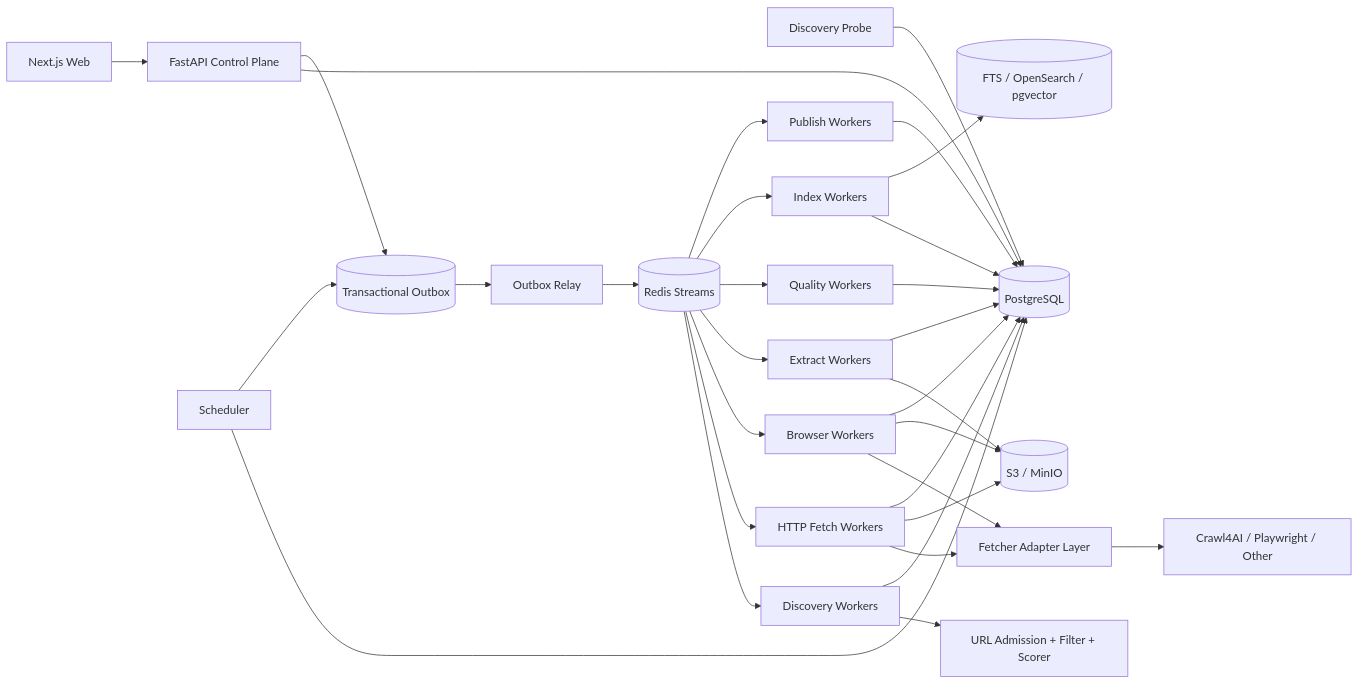
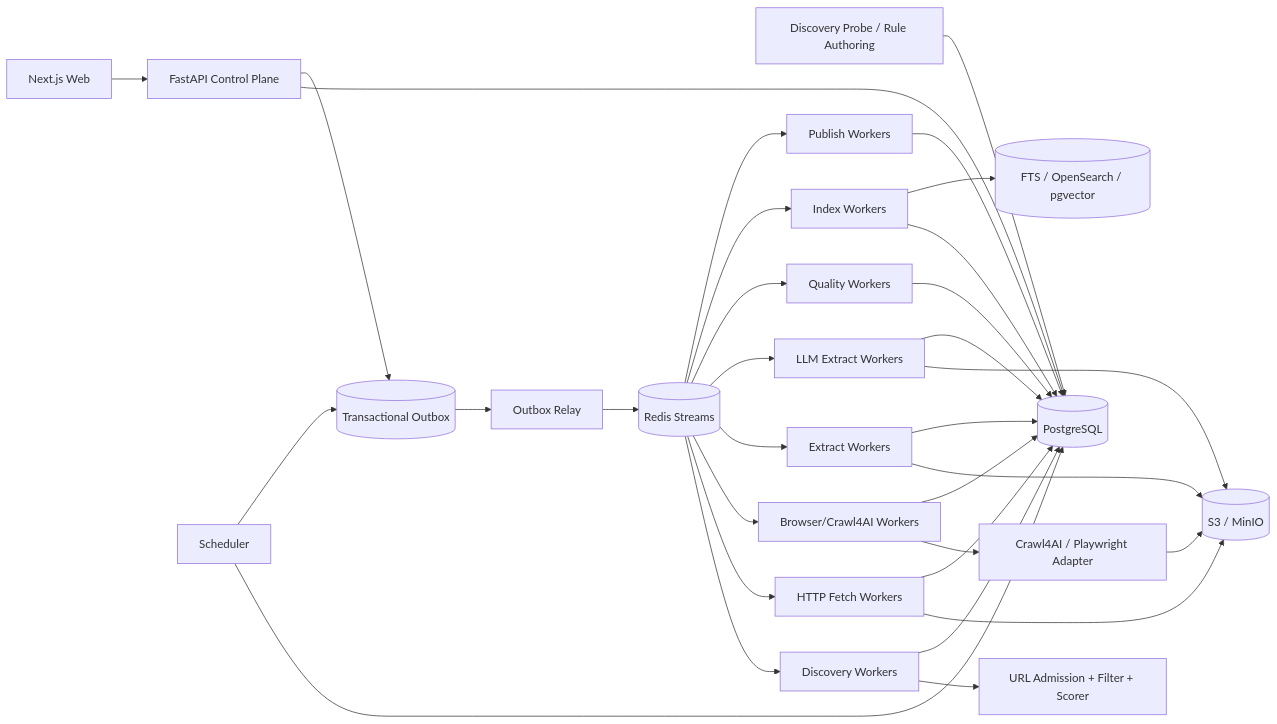
One commit to WorkerXu/my-doc changed the diagram in 博客知识库技术方案.md. Above: the diagram before and after it, drawn with Mermaid. The commit also changed other lines of this file, not shown here.

````diff
--- a/博客知识库技术方案.md
+++ b/博客知识库技术方案.md
@@ -90,33 +90,34 @@
 ```mermaid
 flowchart LR
     UI[Next.js Web] --> API[FastAPI Control Plane]
     API --> PG[(PostgreSQL)]
     API --> OUT[(Transactional Outbox)]
-    PROBE[Discovery Probe] --> PG
+    PROBE[Discovery Probe / Rule Authoring] --> PG
     SCHED[Scheduler] --> PG
     SCHED --> OUT
     OUT --> RELAY[Outbox Relay]
     RELAY --> Q[(Redis Streams)]
     Q --> DW[Discovery Workers]
     Q --> HF[HTTP Fetch Workers]
-    Q --> BF[Browser Workers]
+    Q --> BF[Browser/Crawl4AI Workers]
     Q --> EX[Extract Workers]
+    Q --> LX[LLM Extract Workers]
     Q --> QW[Quality Workers]
     Q --> IW[Index Workers]
     Q --> PW[Publish Workers]
     DW --> GATE[URL Admission + Filter + Scorer]
-    HF --> ADP[Fetcher Adapter Layer]
-    BF --> ADP
-    ADP --> ENG[Crawl4AI / Playwright / Other]
     HF --> OBJ[(S3 / MinIO)]
-    BF --> OBJ
+    BF --> ADP[Crawl4AI / Playwright Adapter]
+    ADP --> OBJ
     EX --> OBJ
+    LX --> OBJ
     DW --> PG
     HF --> PG
     BF --> PG
     EX --> PG
+    LX --> PG
     QW --> PG
     IW --> PG
     PW --> PG
     IW --> SEARCH[(FTS / OpenSearch / pgvector)]
 ```
````
